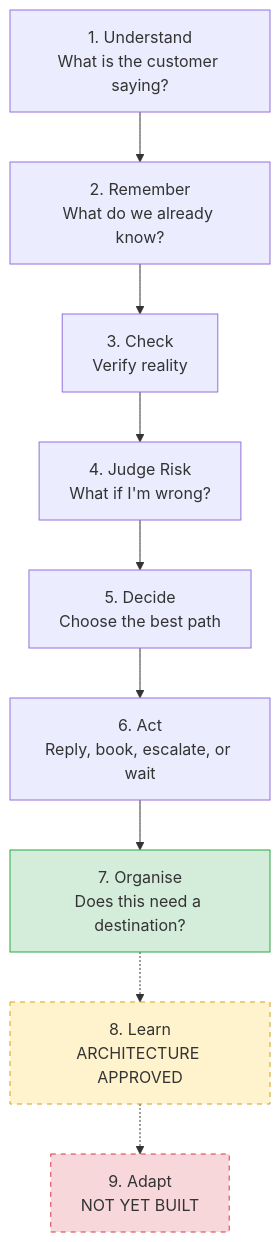
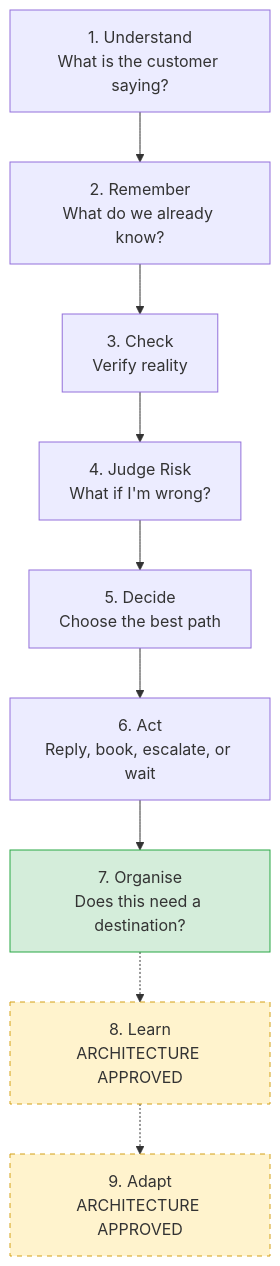
One commit to rumen32215/replyflow-production changed the first of 2 diagrams in DOCS/CONSTITUTION/10-ReplyFlow-Brain-Architecture.md. Above: the diagram before and after it, drawn with Mermaid. The commit also changed other lines of this file and 3 other files, not shown here.

````diff
--- a/DOCS/CONSTITUTION/10-ReplyFlow-Brain-Architecture.md
+++ b/DOCS/CONSTITUTION/10-ReplyFlow-Brain-Architecture.md
@@ -15,15 +15,15 @@
 ```mermaid
 flowchart TD
     A["1. Understand<br/>What is the customer saying?"] --> B["2. Remember<br/>What do we already know?"]
     B --> C["3. Check<br/>Verify reality"]
     C --> D["4. Judge Risk<br/>What if I'm wrong?"]
     D --> E["5. Decide<br/>Choose the best path"]
     E --> F["6. Act<br/>Reply, book, escalate, or wait"]
     F --> G["7. Organise<br/>Does this need a destination?"]
     G -.-> H["8. Learn<br/>ARCHITECTURE APPROVED"]
-    H -.-> I["9. Adapt<br/>NOT YET BUILT"]
+    H -.-> I["9. Adapt<br/>ARCHITECTURE APPROVED"]
 
     style G fill:#d4edda,stroke:#28a745
     style H fill:#fff3cd,stroke:#d4a017,stroke-dasharray: 5 5
-    style I fill:#f8d7da,stroke:#dc3545,stroke-dasharray: 5 5
+    style I fill:#fff3cd,stroke:#d4a017,stroke-dasharray: 5 5
 ```
````
